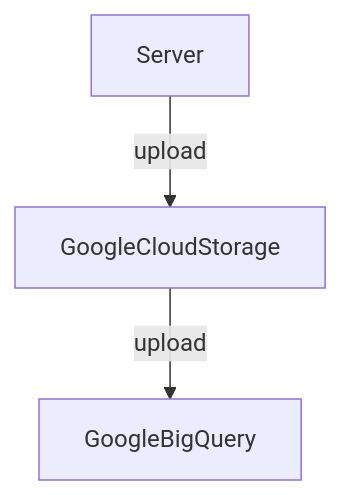
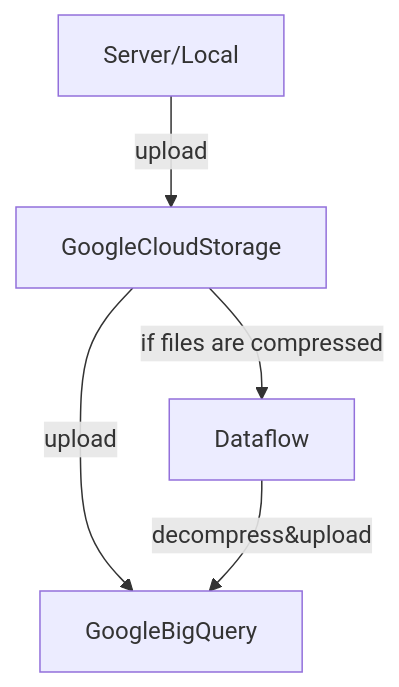
Before and after one commit to Keygoksmg/Notes: the diagram in BigQuery/Uploading.md, drawn with Mermaid. The commit also changed other lines of this file, not shown here.

Commit message:
better illust

````diff
--- a/BigQuery/Uploading.md
+++ b/BigQuery/Uploading.md
@@ -10,5 +12,7 @@
 ```mermaid
 graph TD;
-    Server-- upload -->GoogleCloudStorage;
+    Server/Local-- upload -->GoogleCloudStorage;
     GoogleCloudStorage-- upload -->GoogleBigQuery;
-```
+    GoogleCloudStorage-- if files are compressed -->Dataflow;
+    Dataflow-- decompress&upload --> GoogleBigQuery;
+``` 
````
